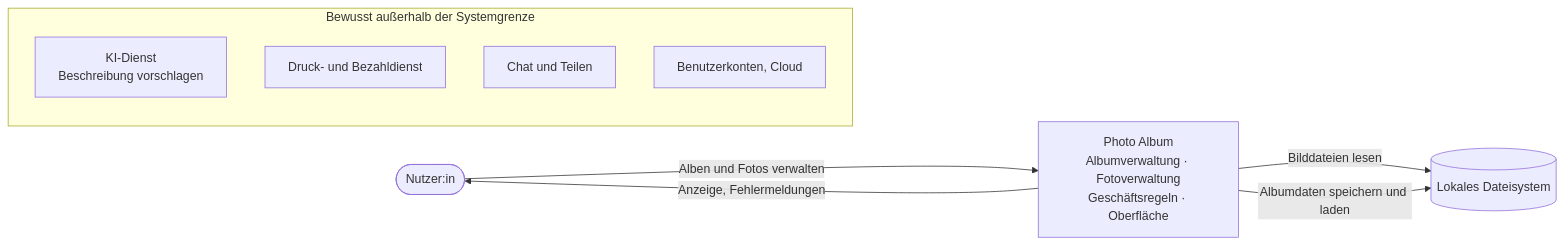
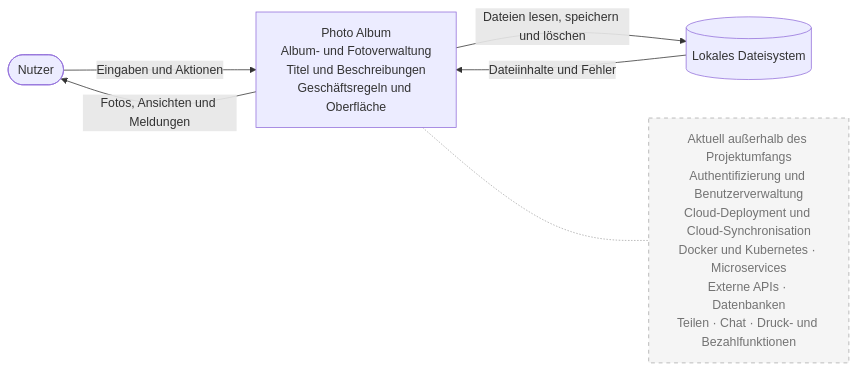
Before and after one commit to felix-henry/photo-album-projekt: the first of 2 diagrams in REQUIREMENTS.md, drawn with Mermaid. The commit also changed other lines of this file and 2 other files, not shown here.

````diff
--- a/REQUIREMENTS.md
+++ b/REQUIREMENTS.md
@@ -23,18 +15,17 @@
 ```mermaid
 flowchart LR
-    U([Nutzer:in])
-    S[Photo Album<br/>Albumverwaltung · Fotoverwaltung<br/>Geschäftsregeln · Oberfläche]
+    U([Nutzer])
+    S["Photo Album<br/>Album- und Fotoverwaltung<br/>Titel und Beschreibungen<br/>Geschäftsregeln und Oberfläche"]
     FS[(Lokales Dateisystem)]
+    O["Aktuell außerhalb des Projektumfangs<br/>Authentifizierung und Benutzerverwaltung<br/>Cloud-Deployment und Cloud-Synchronisation<br/>Docker und Kubernetes · Microservices<br/>Externe APIs · Datenbanken<br/>Teilen · Chat · Druck- und Bezahlfunktionen"]
 
-    U -- "Alben und Fotos verwalten" --> S
-    S -- "Anzeige, Fehlermeldungen" --> U
-    S -- "Bilddateien lesen" --> FS
-    S -- "Albumdaten speichern und laden" --> FS
+    U -->|Eingaben und Aktionen| S
+    S -->|Fotos, Ansichten und Meldungen| U
+    S -->|Dateien lesen, speichern und löschen| FS
+    FS -->|Dateiinhalte und Fehler| S
+    S -.- O
 
-    subgraph X [Bewusst außerhalb der Systemgrenze]
-        KI[KI-Dienst<br/>Beschreibung vorschlagen]
-        D[Druck- und Bezahldienst]
-        C[Chat und Teilen]
-        L[Benutzerkonten, Cloud]
-    end
+    classDef ausgeschlossen fill:#f5f5f5,stroke:#aaa,color:#737373,stroke-dasharray:5 5;
+    class O ausgeschlossen;
+    linkStyle 4 stroke:#aaa,stroke-width:1px;
 ```
````
